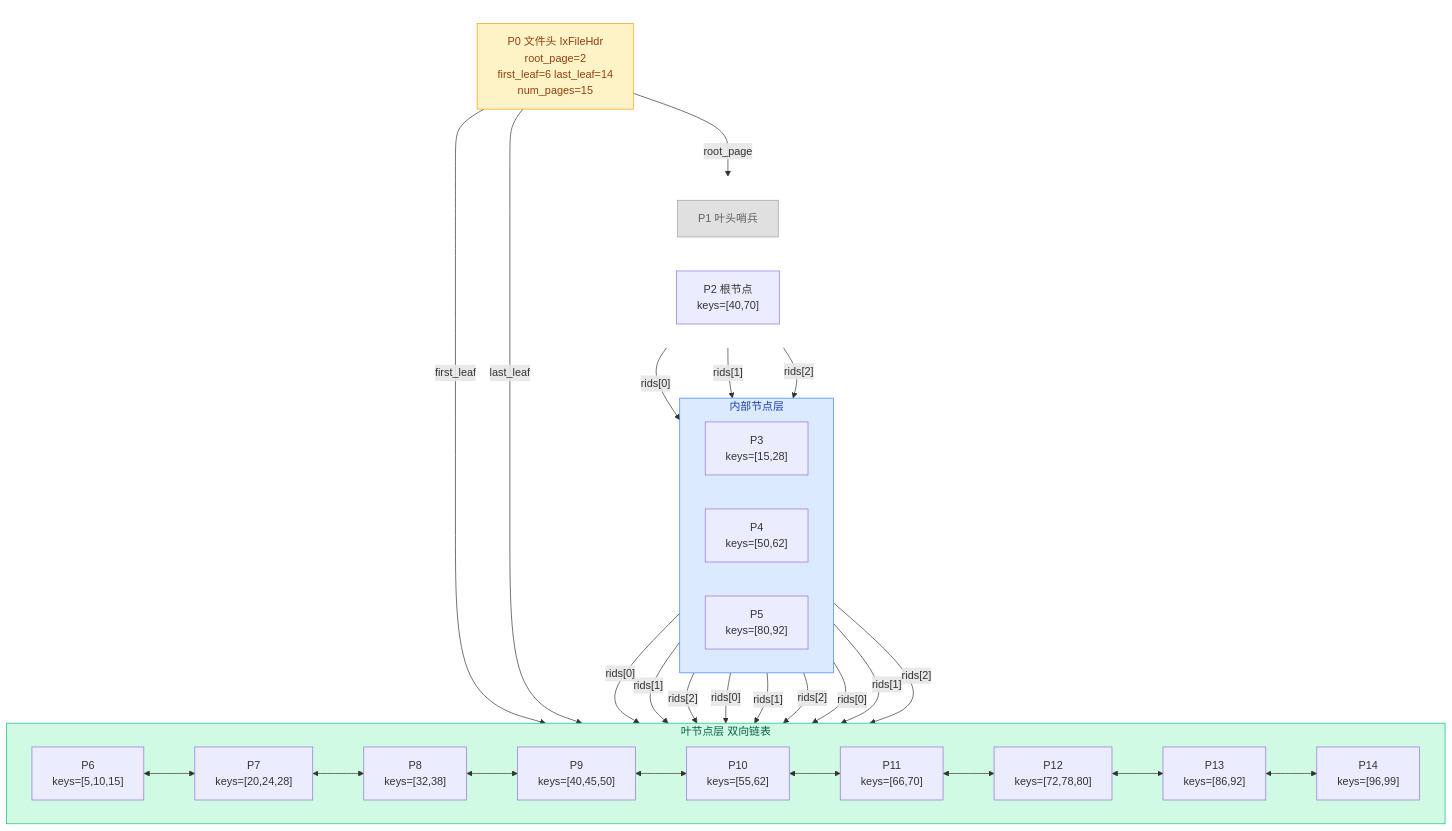
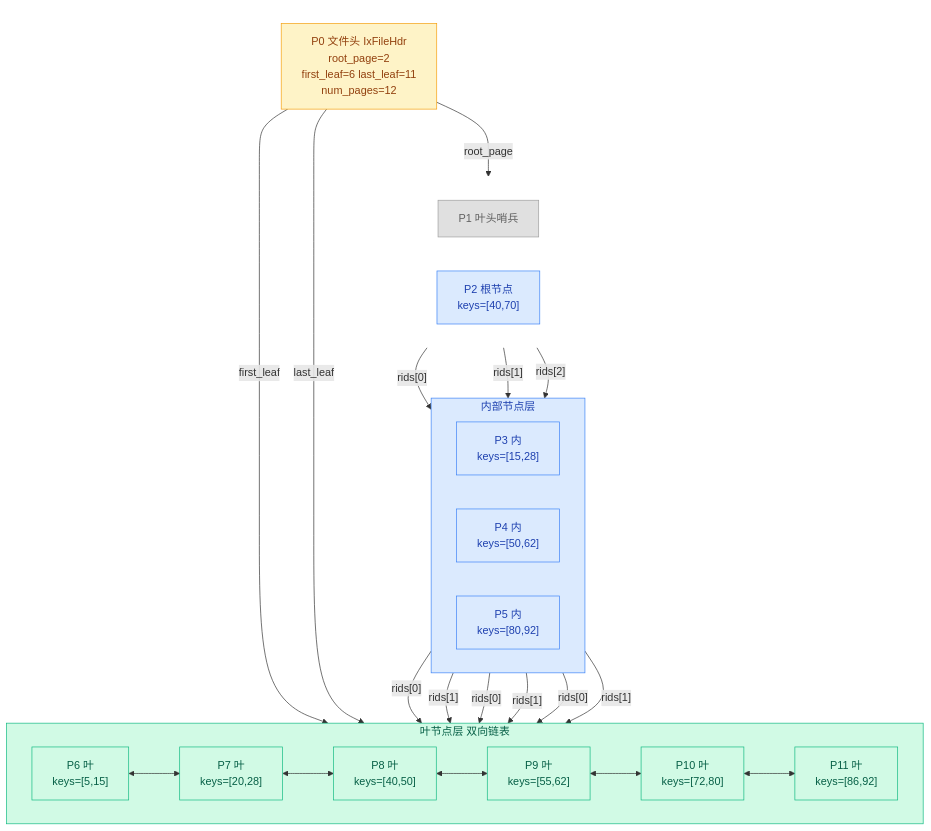
One commit to Dorian7Alden/RMDB-2024-Analyze changed the diagram in my-analysis/03-index-layer/02-index-data-structures.md. Above: the diagram before and after it, drawn with Mermaid. The commit also changed other lines of this file, not shown here.

Commit message:
fix(index-data): 精简叶节点为 6 个，节点标签缩短适配单行排列
- 叶节点从 9 个减少到 6 个（每个内部节点 2 个）
- 节点标签大幅缩短：P6 keys=[5,15] 等
- 补回丢失的 internal/leaf classDef

````diff
--- a/my-analysis/03-index-layer/02-index-data-structures.md
+++ b/my-analysis/03-index-layer/02-index-data-structures.md
@@ -24,46 +24,47 @@
 ```mermaid
 flowchart TD
     subgraph L0[" "]
         style L0 fill:none,stroke:none
-        HDR["P0 文件头 IxFileHdr<br/>root_page=2<br/>first_leaf=6 last_leaf=14<br/>num_pages=15"]
+        HDR["P0 文件头 IxFileHdr<br/>root_page=2<br/>first_leaf=6 last_leaf=11<br/>num_pages=12"]
     end
 
     subgraph L1[" "]
         direction LR
         style L1 fill:none,stroke:none
         LH["P1 叶头哨兵"] & R["P2 根节点<br/>keys=[40,70]"]
     end
 
     subgraph L2["内部节点层"]
         direction LR
         style L2 fill:#dbeafe,stroke:#3b82f6,color:#1e40af
-        I3["P3<br/>keys=[15,28]"] & I4["P4<br/>keys=[50,62]"] & I5["P5<br/>keys=[80,92]"]
+        I3["P3 内<br/>keys=[15,28]"] & I4["P4 内<br/>keys=[50,62]"] & I5["P5 内<br/>keys=[80,92]"]
     end
 
     subgraph L3["叶节点层 双向链表"]
         direction LR
         style L3 fill:#d1fae5,stroke:#10b981,color:#065f46
-        L6["P6<br/>keys=[5,10,15]"] <--> L7["P7<br/>keys=[20,24,28]"] <--> L8["P8<br/>keys=[32,38]"] <--> L9["P9<br/>keys=[40,45,50]"] <--> L10["P10<br/>keys=[55,62]"] <--> L11["P11<br/>keys=[66,70]"] <--> L12["P12<br/>keys=[72,78,80]"] <--> L13["P13<br/>keys=[86,92]"] <--> L14["P14<br/>keys=[96,99]"]
+        L6["P6 叶<br/>keys=[5,15]"] <--> L7["P7 叶<br/>keys=[20,28]"] <--> L8["P8 叶<br/>keys=[40,50]"] <--> L9["P9 叶<br/>keys=[55,62]"] <--> L10["P10 叶<br/>keys=[72,80]"] <--> L11["P11 叶<br/>keys=[86,92]"]
     end
 
     HDR -->|"root_page"| R
     HDR -->|"first_leaf"| L6
-    HDR -->|"last_leaf"| L14
+    HDR -->|"last_leaf"| L11
     R -->|"rids[0]"| I3
     R -->|"rids[1]"| I4
     R -->|"rids[2]"| I5
     I3 -->|"rids[0]"| L6
     I3 -->|"rids[1]"| L7
-    I3 -->|"rids[2]"| L8
-    I4 -->|"rids[0]"| L9
-    I4 -->|"rids[1]"| L10
-    I4 -->|"rids[2]"| L11
-    I5 -->|"rids[0]"| L12
-    I5 -->|"rids[1]"| L13
-    I5 -->|"rids[2]"| L14
+    I4 -->|"rids[0]"| L8
+    I4 -->|"rids[1]"| L9
+    I5 -->|"rids[0]"| L10
+    I5 -->|"rids[1]"| L11
 
     classDef header fill:#fef3c7,stroke:#f59e0b,color:#92400e
+    classDef internal fill:#dbeafe,stroke:#3b82f6,color:#1e40af
+    classDef leaf fill:#d1fae5,stroke:#10b981,color:#065f46
     classDef sentinel fill:#e0e0e0,stroke:#9e9e9e,color:#616161
     class HDR header
+    class R,I3,I4,I5 internal
+    class L6,L7,L8,L9,L10,L11 leaf
     class LH sentinel
 ```
````
